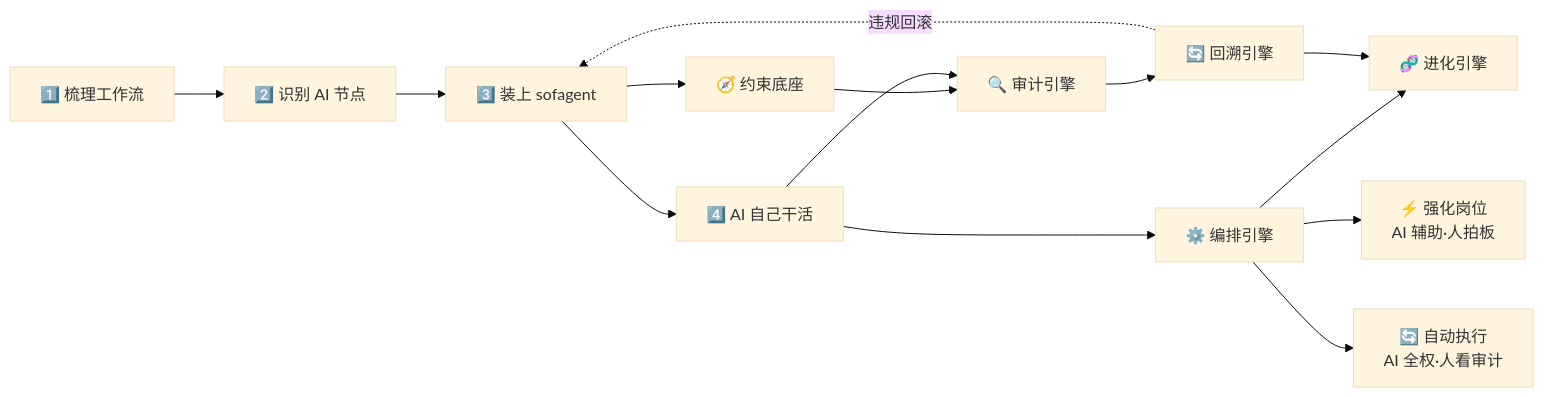
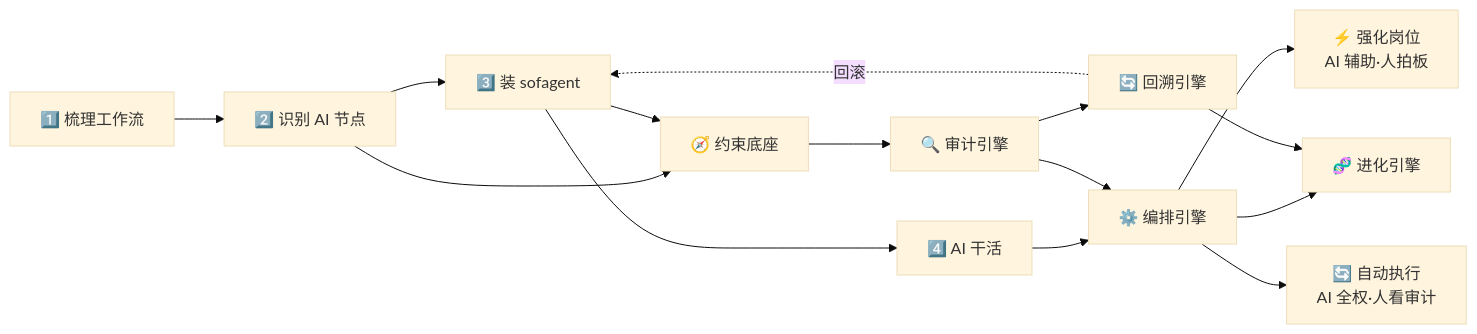
Before and after one commit to KongFangXun/sofagent: the first of 5 diagrams in README.md, drawn with Mermaid (base theme). The commit also changed 1 other file, not shown here.

Commit message:
docs: FDE Mermaid引擎从第2步展开 — 约束→审计→回溯左置，编排→进化右置，更紧凑

````diff
--- a/README.md
+++ b/README.md
@@ -100,19 +100,14 @@
 ```mermaid
 graph LR
     A["1️⃣ 梳理工作流"] --> B["2️⃣ 识别 AI 节点"]
-    B --> C["3️⃣ 装上 sofagent"]
-    C --> D["4️⃣ AI 自己干活"]
+    B --> C["3️⃣ 装 sofagent"] --> D["4️⃣ AI 干活"]
 
-    C --> E["🧭 约束底座"]
-    E --> F["🔍 审计引擎"]
-    F --> G["🔄 回溯引擎"]
-    D --> F
-
-    D --> H["⚙️ 编排引擎"]
-    H --> I["🧬 进化引擎"]
+    B --> E["🧭 约束底座"] --> F["🔍 审计引擎"] --> G["🔄 回溯引擎"]
+    C --> E
+    D --> H["⚙️ 编排引擎"] --> I["🧬 进化引擎"]
+    F --> H
     G --> I
-
     H --> J["⚡ 强化岗位<br/>AI 辅助·人拍板"]
     H --> K["🔄 自动执行<br/>AI 全权·人看审计"]
-    G -.-> |违规回滚| C
+    G -.-> |回滚| C
 ```
````
